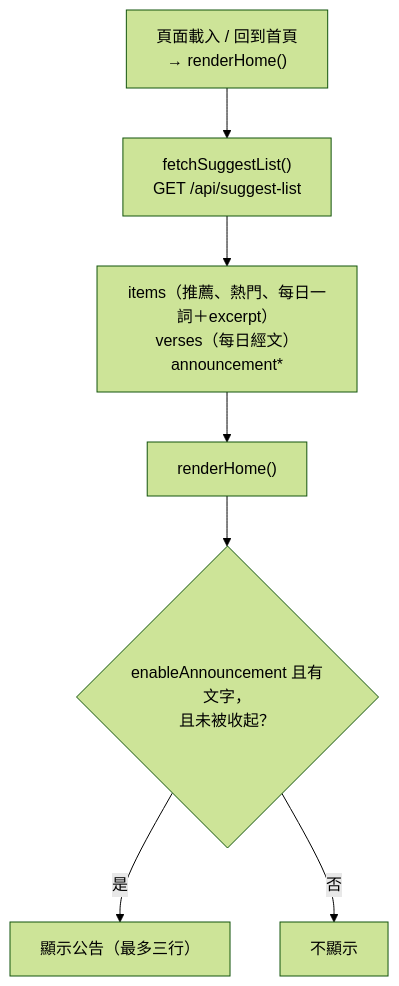
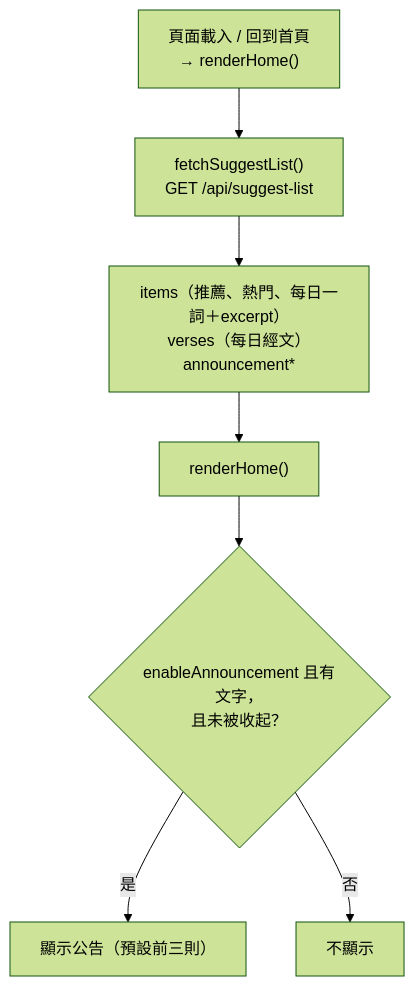
The ninth of 12 diagrams in ARCHITECTURE.md (jmedzen/mdWebview), drawn with Mermaid (forest theme) before and after one commit. The commit also changed other lines of this file and 10 other files, not shown here.

````diff
--- a/ARCHITECTURE.md
+++ b/ARCHITECTURE.md
@@ -477,9 +477,9 @@
 ```mermaid
 flowchart TD
     Boot["頁面載入 / 回到首頁\n→ renderHome()"] --> Fetch["fetchSuggestList()\nGET /api/suggest-list"]
     Fetch --> Data["items（推薦、熱門、每日一詞＋excerpt）\nverses（每日經文）\nannouncement*"]
     Data --> Render["renderHome()"]
     Render --> Notice{"enableAnnouncement 且有文字，\n且未被收起？"}
-    Notice -- "是" --> ShowNotice["顯示公告（最多三行）"]
+    Notice -- "是" --> ShowNotice["顯示公告（預設前三則）"]
     Notice -- "否" --> HideNotice["不顯示"]
 ```
````
